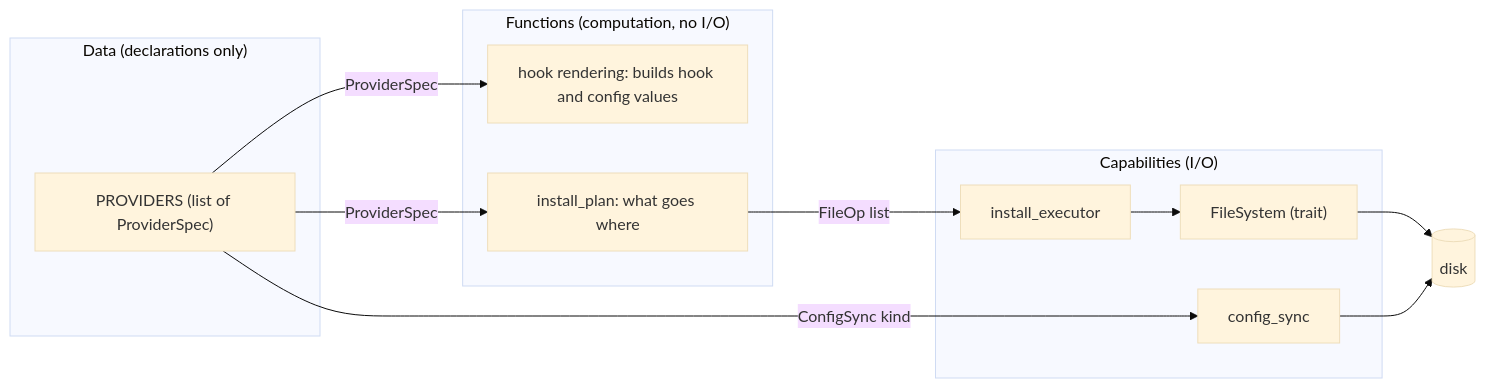
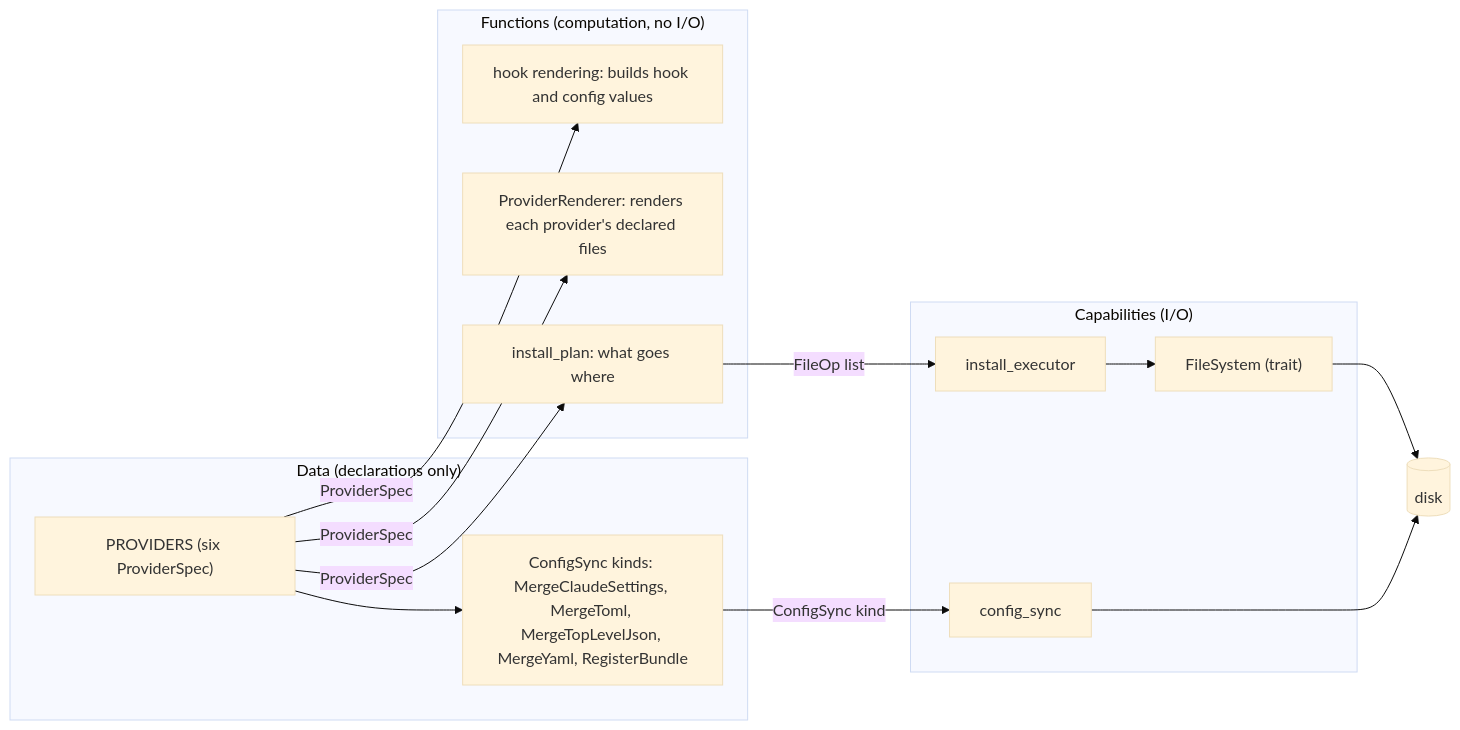
Before and after one commit to furedea/agent-harness: the first of 2 diagrams in docs/DESIGN.md, drawn with Mermaid (base theme). The commit also changed other lines of this file and 1 other file, not shown here.

Commit message:
docs(design): show all six providers and ProviderRenderer in the design
Rewrite decision 6 in DESIGN.md and DESIGN_ja.md to say all six providers are
declared in ProviderSpec, and add ProviderRenderer and the ConfigSync kinds to
the layering diagram.

Refs #194

````diff
--- a/docs/DESIGN.md
+++ b/docs/DESIGN.md
@@ -86,23 +86,27 @@
 ```mermaid
 flowchart LR
   subgraph D["Data (declarations only)"]
-    SPEC["PROVIDERS (list of ProviderSpec)"]
+    SPEC["PROVIDERS (six ProviderSpec)"]
+    KINDS["ConfigSync kinds: MergeClaudeSettings, MergeToml, MergeTopLevelJson, MergeYaml, RegisterBundle"]
   end
   subgraph F["Functions (computation, no I/O)"]
     RENDER["hook rendering: builds hook and config values"]
+    RENDERER["ProviderRenderer: renders each provider's declared files"]
     PLAN["install_plan: what goes where"]
   end
   subgraph C["Capabilities (I/O)"]
     EXEC["install_executor"]
     FS["FileSystem (trait)"]
     SYNC["config_sync"]
   end
   DISK[("disk")]
   SPEC -- "ProviderSpec" --> RENDER
+  SPEC -- "ProviderSpec" --> RENDERER
   SPEC -- "ProviderSpec" --> PLAN
-  SPEC -- "ConfigSync kind" --> SYNC
+  SPEC --> KINDS
+  KINDS -- "ConfigSync kind" --> SYNC
   PLAN -- "FileOp list" --> EXEC
   EXEC --> FS
   FS --> DISK
   SYNC --> DISK
 ```
````
